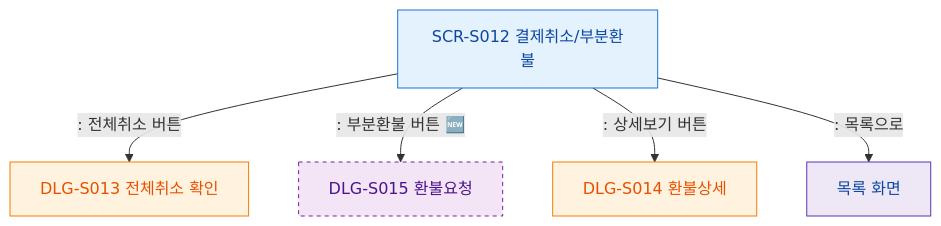
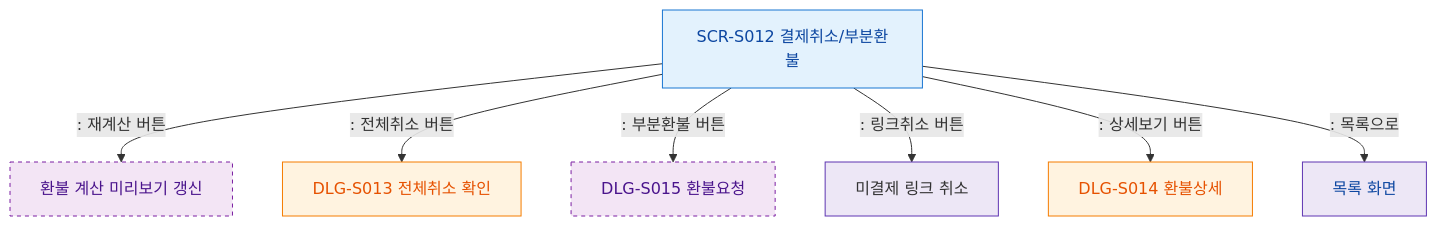
The diagram in docs/admin/다이어그램/D03_매출관리/SCR-S012_결제취소_부분환불/F3_버튼액션.md (dev-spogym/admin-pando), drawn with Mermaid before and after one commit. The commit also changed other lines of this file and 45 other files, not shown here.

````diff
--- a/docs/admin/다이어그램/D03_매출관리/SCR-S012_결제취소_부분환불/F3_버튼액션.md
+++ b/docs/admin/다이어그램/D03_매출관리/SCR-S012_결제취소_부분환불/F3_버튼액션.md
@@ -18,19 +18,21 @@
 ```mermaid
 flowchart TD
     S012[SCR-S012 결제취소/부분환불]
 
+    S012 -->|": 재계산 버튼"|REFRESH_PREVIEW[환불 계산 미리보기 갱신]
     S012 -->|": 전체취소 버튼"|CONFIRM_FULL[DLG-S013 전체취소 확인]
-    S012 -->|": 부분환불 버튼 🆕"|CONFIRM_PARTIAL[DLG-S015 환불요청]
+    S012 -->|": 부분환불 버튼"|CONFIRM_PARTIAL[DLG-S015 환불요청]
+    S012 -->|": 링크취소 버튼"|LINK_CANCEL[미결제 링크 취소]
     S012 -->|": 상세보기 버튼"|VIEW_DETAIL[DLG-S014 환불상세]
     S012 -->|": 목록으로"|BACK_LIST[목록 화면]
 
     classDef screen fill:#E3F2FD,stroke:#1976D2,color:#0D47A1
     classDef newFeature fill:#F3E5F5,stroke:#7B1FA2,color:#4A148C,stroke-dasharray:4 4
     classDef modal fill:#FFF3E0,stroke:#F57C00,color:#E65100
     classDef system fill:#EDE7F6,stroke:#5E35B2
 
     class S012,BACK_LIST screen
-    class CONFIRM_PARTIAL newFeature
+    class CONFIRM_PARTIAL,REFRESH_PREVIEW newFeature
     class CONFIRM_FULL,VIEW_DETAIL modal
-    class BACK_LIST system
+    class BACK_LIST,LINK_CANCEL system
 ```
````
